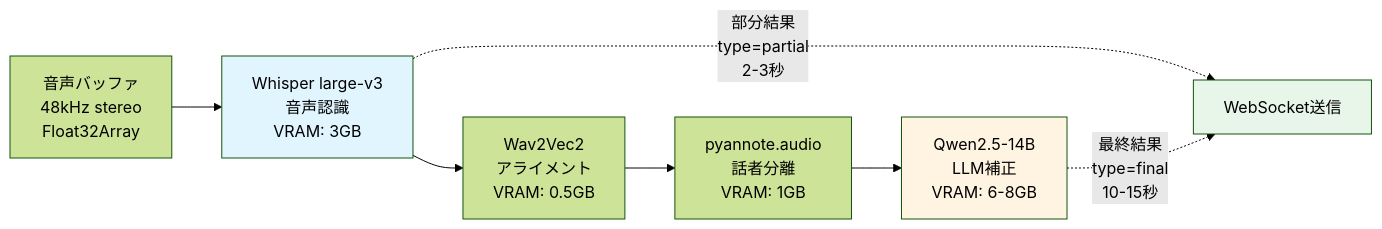
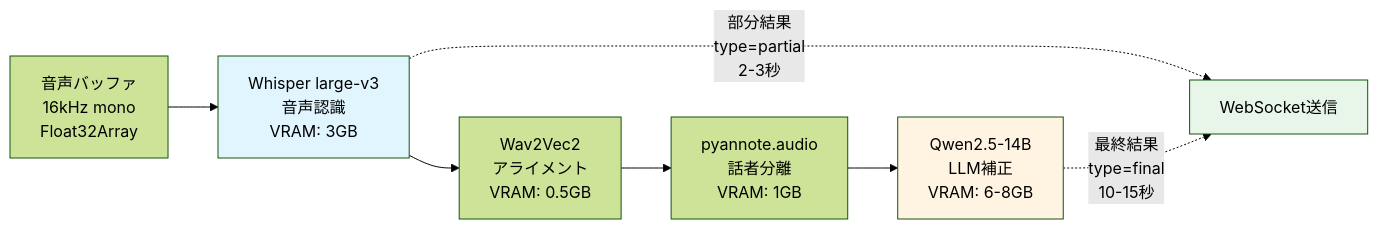
One commit to hummer98/Wernicke changed the third of 6 diagrams in .kiro/specs/websocket-realtime-transcription/design.md. Above: the diagram before and after it, drawn with Mermaid (forest theme). The commit also changed other lines of this file and 18 other files, not shown here.

````diff
--- a/.kiro/specs/websocket-realtime-transcription/design.md
+++ b/.kiro/specs/websocket-realtime-transcription/design.md
@@ -274,14 +274,14 @@
 ```mermaid
 graph LR
-    A[音声バッファ<br/>48kHz stereo<br/>Float32Array] --> B[Whisper large-v3<br/>音声認識<br/>VRAM: 3GB]
+    A[音声バッファ<br/>16kHz mono<br/>Float32Array] --> B[Whisper large-v3<br/>音声認識<br/>VRAM: 3GB]
     B --> C[Wav2Vec2<br/>アライメント<br/>VRAM: 0.5GB]
     C --> D[pyannote.audio<br/>話者分離<br/>VRAM: 1GB]
     D --> E[Qwen2.5-14B<br/>LLM補正<br/>VRAM: 6-8GB]
 
     B -.部分結果<br/>type=partial<br/>2-3秒.-> F[WebSocket送信]
     E -.最終結果<br/>type=final<br/>10-15秒.-> F
 
     style B fill:#e1f5ff
     style E fill:#fff4e1
     style F fill:#e8f5e9
 ```
````
